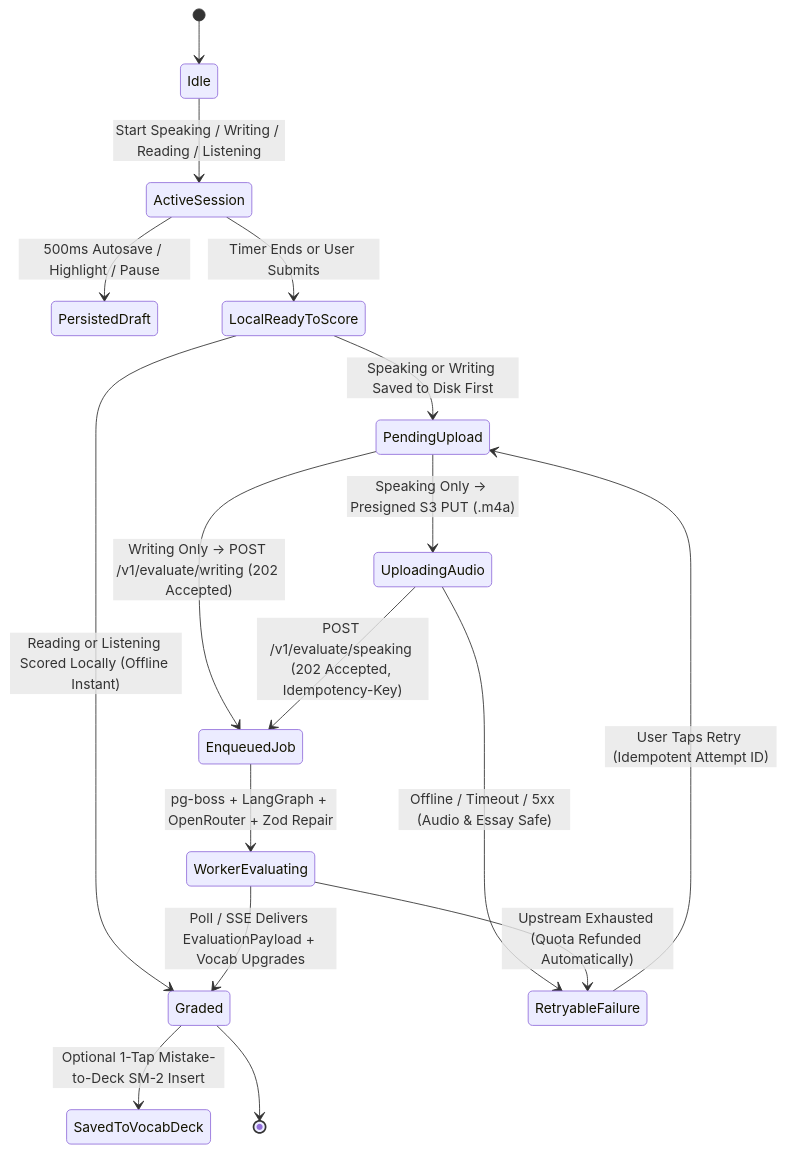
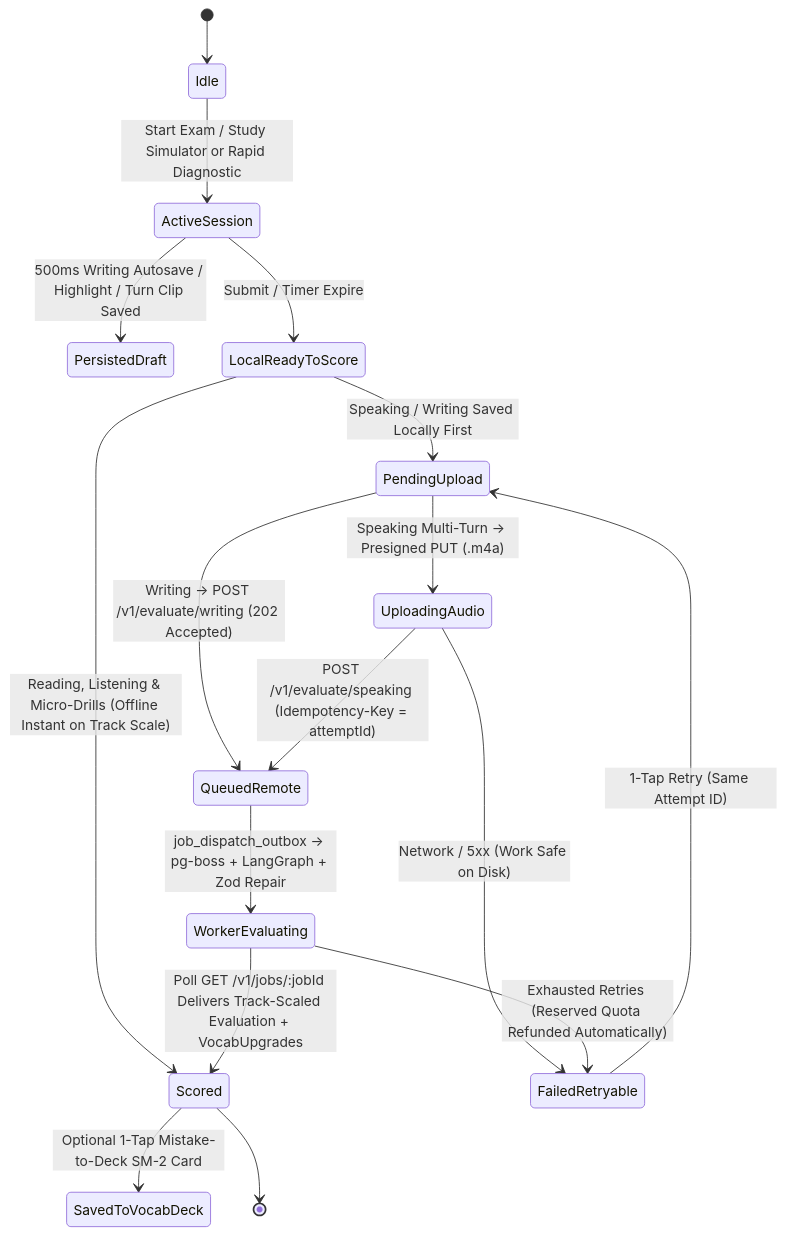
One commit to mehtee/mockza changed the second of 2 diagrams in docs/ADR.md. Above: the diagram before and after it, drawn with Mermaid. The commit also changed other lines of this file and 5 other files, not shown here.

Commit message:
docs: update README, ADR, and PDR to match current v3.0 multi-exam architecture

````diff
--- a/docs/ADR.md
+++ b/docs/ADR.md
@@ -61,19 +63,19 @@
 ```mermaid
 stateDiagram-v2
     [*] --> Idle
-    Idle --> ActiveSession : Start Speaking / Writing / Reading / Listening
-    ActiveSession --> PersistedDraft : 500ms Autosave / Highlight / Pause
-    ActiveSession --> LocalReadyToScore : Timer Ends or User Submits
-    LocalReadyToScore --> Graded : Reading or Listening Scored Locally (Offline Instant)
-    LocalReadyToScore --> PendingUpload : Speaking or Writing Saved to Disk First
-    PendingUpload --> UploadingAudio : Speaking Only -> Presigned S3 PUT (.m4a)
-    PendingUpload --> EnqueuedJob : Writing Only -> POST /v1/evaluate/writing (202 Accepted)
-    UploadingAudio --> EnqueuedJob : POST /v1/evaluate/speaking (202 Accepted, Idempotency-Key)
-    EnqueuedJob --> WorkerEvaluating : pg-boss + LangGraph + OpenRouter + Zod Repair
-    WorkerEvaluating --> Graded : Poll / SSE Delivers EvaluationPayload + Vocab Upgrades
-    UploadingAudio --> RetryableFailure : Offline / Timeout / 5xx (Audio & Essay Safe)
-    WorkerEvaluating --> RetryableFailure : Upstream Exhausted (Quota Refunded Automatically)
-    RetryableFailure --> PendingUpload : User Taps Retry (Idempotent Attempt ID)
-    Graded --> SavedToVocabDeck : Optional 1-Tap Mistake-to-Deck SM-2 Insert
-    Graded --> [*]
+    Idle --> ActiveSession : Start Exam / Study Simulator or Rapid Diagnostic
+    ActiveSession --> PersistedDraft : 500ms Writing Autosave / Highlight / Turn Clip Saved
+    ActiveSession --> LocalReadyToScore : Submit / Timer Expire
+    LocalReadyToScore --> Scored : Reading, Listening & Micro-Drills (Offline Instant on Track Scale)
+    LocalReadyToScore --> PendingUpload : Speaking / Writing Saved Locally First
+    PendingUpload --> UploadingAudio : Speaking Multi-Turn -> Presigned PUT (.m4a)
+    PendingUpload --> QueuedRemote : Writing -> POST /v1/evaluate/writing (202 Accepted)
+    UploadingAudio --> QueuedRemote : POST /v1/evaluate/speaking (Idempotency-Key = attemptId)
+    QueuedRemote --> WorkerEvaluating : job_dispatch_outbox -> pg-boss + LangGraph + Zod Repair
+    WorkerEvaluating --> Scored : Poll GET /v1/jobs/:jobId Delivers Track-Scaled Evaluation + VocabUpgrades
+    UploadingAudio --> FailedRetryable : Network / 5xx (Work Safe on Disk)
+    WorkerEvaluating --> FailedRetryable : Exhausted Retries (Reserved Quota Refunded Automatically)
+    FailedRetryable --> PendingUpload : 1-Tap Retry (Same Attempt ID)
+    Scored --> SavedToVocabDeck : Optional 1-Tap Mistake-to-Deck SM-2 Card
+    Scored --> [*]
 ```
````
